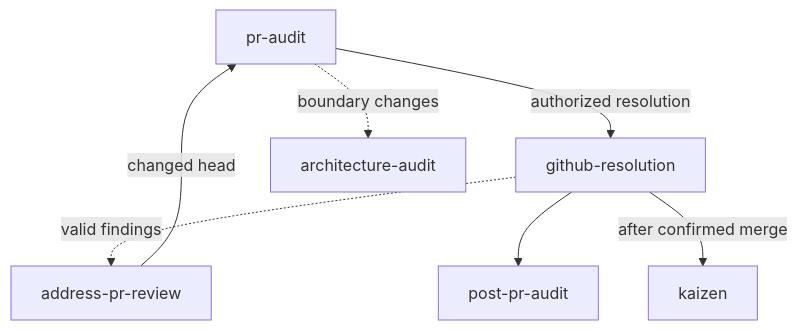
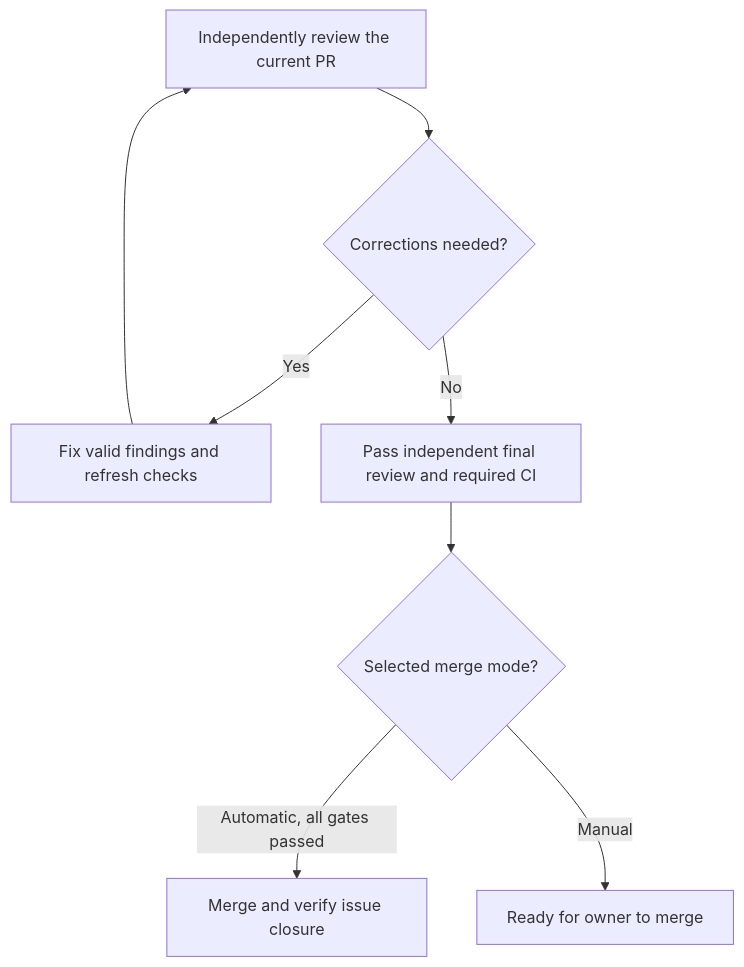
Before and after one commit to rocker-code/my-ai-skills: the fourth of 5 diagrams in README.md, drawn with Mermaid. The commit also changed other lines of this file, not shown here.

Commit message:
docs: make README workflow diagrams easier to scan

````diff
--- a/README.md
+++ b/README.md
@@ -74,9 +96,10 @@
 ```mermaid
 flowchart TD
-    PA["pr-audit"] -->|authorized resolution| GR["github-resolution"]
-    PA -.->|boundary changes| AA["architecture-audit"]
-    GR -.->|valid findings| AR["address-pr-review"]
-    AR -->|changed head| PA
-    GR --> PO["post-pr-audit"]
-    GR -->|after confirmed merge| K["kaizen"]
+    A["Independently review the current PR"] --> B{"Corrections needed?"}
+    B -->|Yes| C["Fix valid findings and refresh checks"]
+    C --> A
+    B -->|No| D["Pass independent final review and required CI"]
+    D --> E{"Selected merge mode?"}
+    E -->|Automatic, all gates passed| F["Merge and verify issue closure"]
+    E -->|Manual| G["Ready for owner to merge"]
 ```
````
